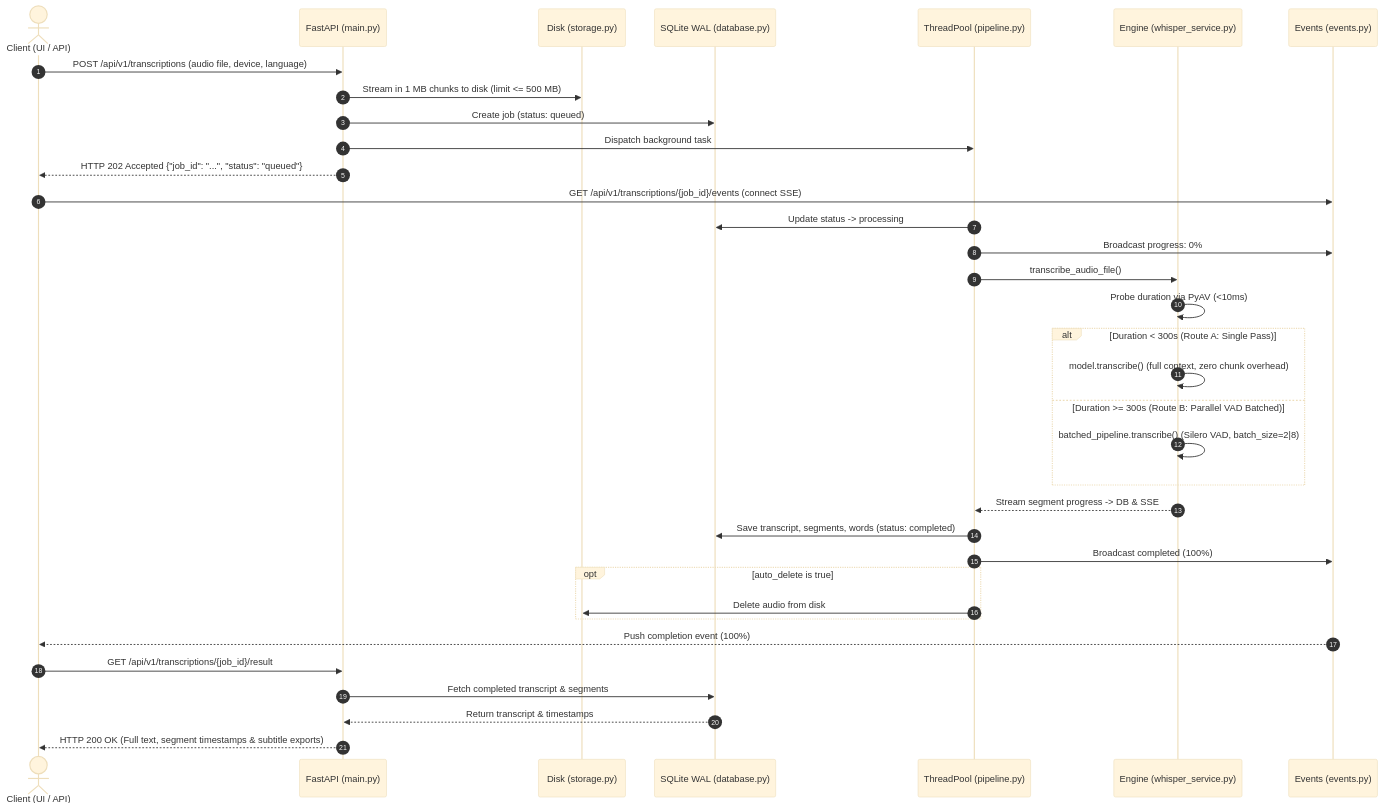
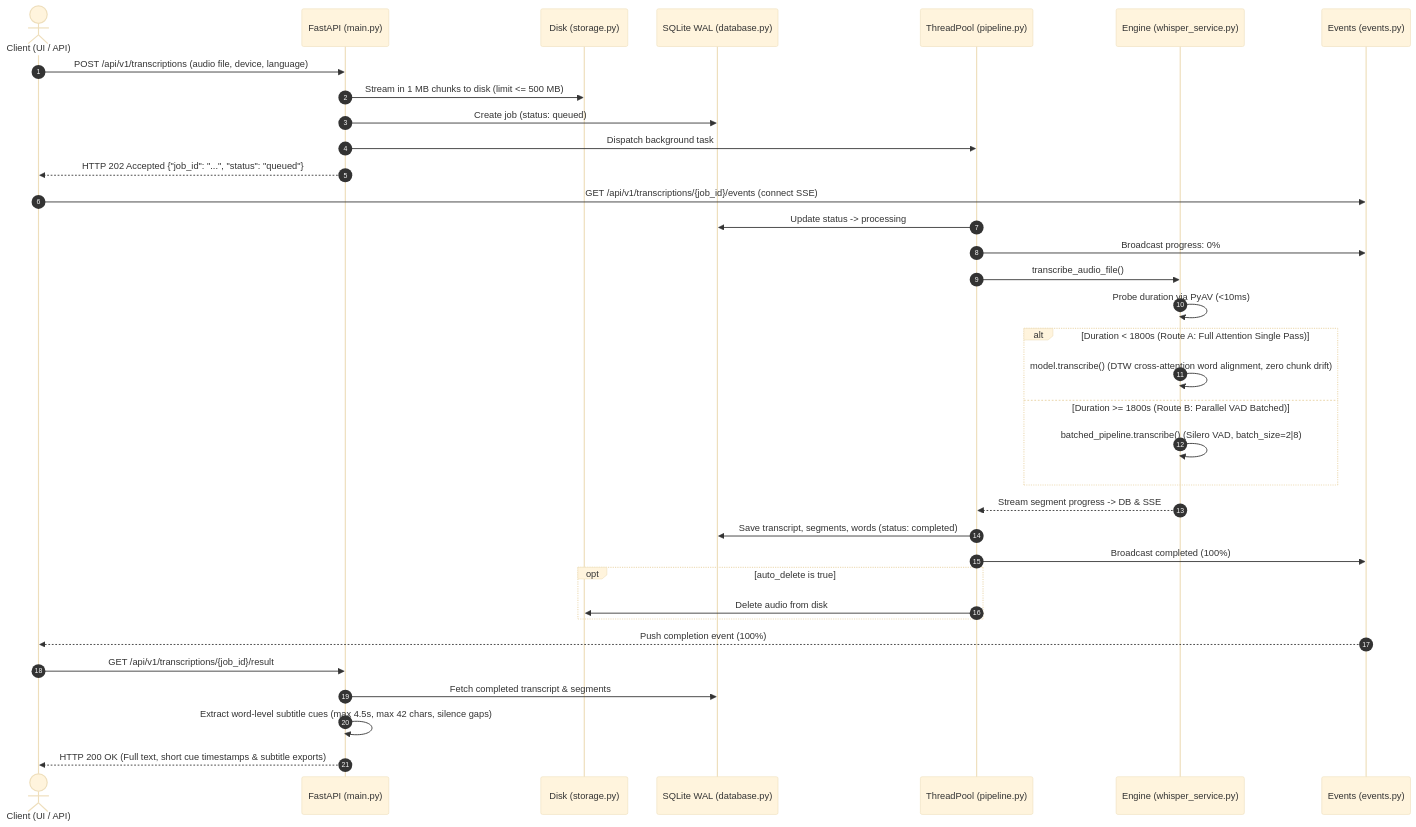
One commit to jayachandru001/Faster-Whisper-Audio-Transcription changed the diagram in README.md. Above: the diagram before and after it, drawn with Mermaid (base theme). The commit also changed other lines of this file, not shown here.

Commit message:
Readme: Updated for subtitle Fix

````diff
--- a/README.md
+++ b/README.md
@@ -24,41 +25,41 @@
 ```mermaid
 sequenceDiagram
     autonumber
     actor Client as Client (UI / API)
     participant Main as FastAPI (main.py)
     participant Storage as Disk (storage.py)
     participant DB as SQLite WAL (database.py)
     participant Worker as ThreadPool (pipeline.py)
     participant Whisper as Engine (whisper_service.py)
     participant SSE as Events (events.py)
 
     Client->>Main: POST /api/v1/transcriptions (audio file, device, language)
     Main->>Storage: Stream in 1 MB chunks to disk (limit <= 500 MB)
     Main->>DB: Create job (status: queued)
     Main->>Worker: Dispatch background task
     Main-->>Client: HTTP 202 Accepted {"job_id": "...", "status": "queued"}
 
     Client->>SSE: GET /api/v1/transcriptions/{job_id}/events (connect SSE)
     Worker->>DB: Update status -> processing
     Worker->>SSE: Broadcast progress: 0%
 
     Worker->>Whisper: transcribe_audio_file()
     Whisper->>Whisper: Probe duration via PyAV (<10ms)
-    alt Duration < 300s (Route A: Single Pass)
-        Whisper->>Whisper: model.transcribe() (full context, zero chunk overhead)
-    else Duration >= 300s (Route B: Parallel VAD Batched)
+    alt Duration < 1800s (Route A: Full Attention Single Pass)
+        Whisper->>Whisper: model.transcribe() (DTW cross-attention word alignment, zero chunk drift)
+    else Duration >= 1800s (Route B: Parallel VAD Batched)
         Whisper->>Whisper: batched_pipeline.transcribe() (Silero VAD, batch_size=2|8)
     end
     Whisper-->>Worker: Stream segment progress -> DB & SSE
 
     Worker->>DB: Save transcript, segments, words (status: completed)
     Worker->>SSE: Broadcast completed (100%)
     opt auto_delete is true
         Worker->>Storage: Delete audio from disk
     end
     SSE-->>Client: Push completion event (100%)
     Client->>Main: GET /api/v1/transcriptions/{job_id}/result
     Main->>DB: Fetch completed transcript & segments
-    DB-->>Main: Return transcript & timestamps
-    Main-->>Client: HTTP 200 OK (Full text, segment timestamps & subtitle exports)
+    Main->>Main: Extract word-level subtitle cues (max 4.5s, max 42 chars, silence gaps)
+    Main-->>Client: HTTP 200 OK (Full text, short cue timestamps & subtitle exports)
 ```
````
